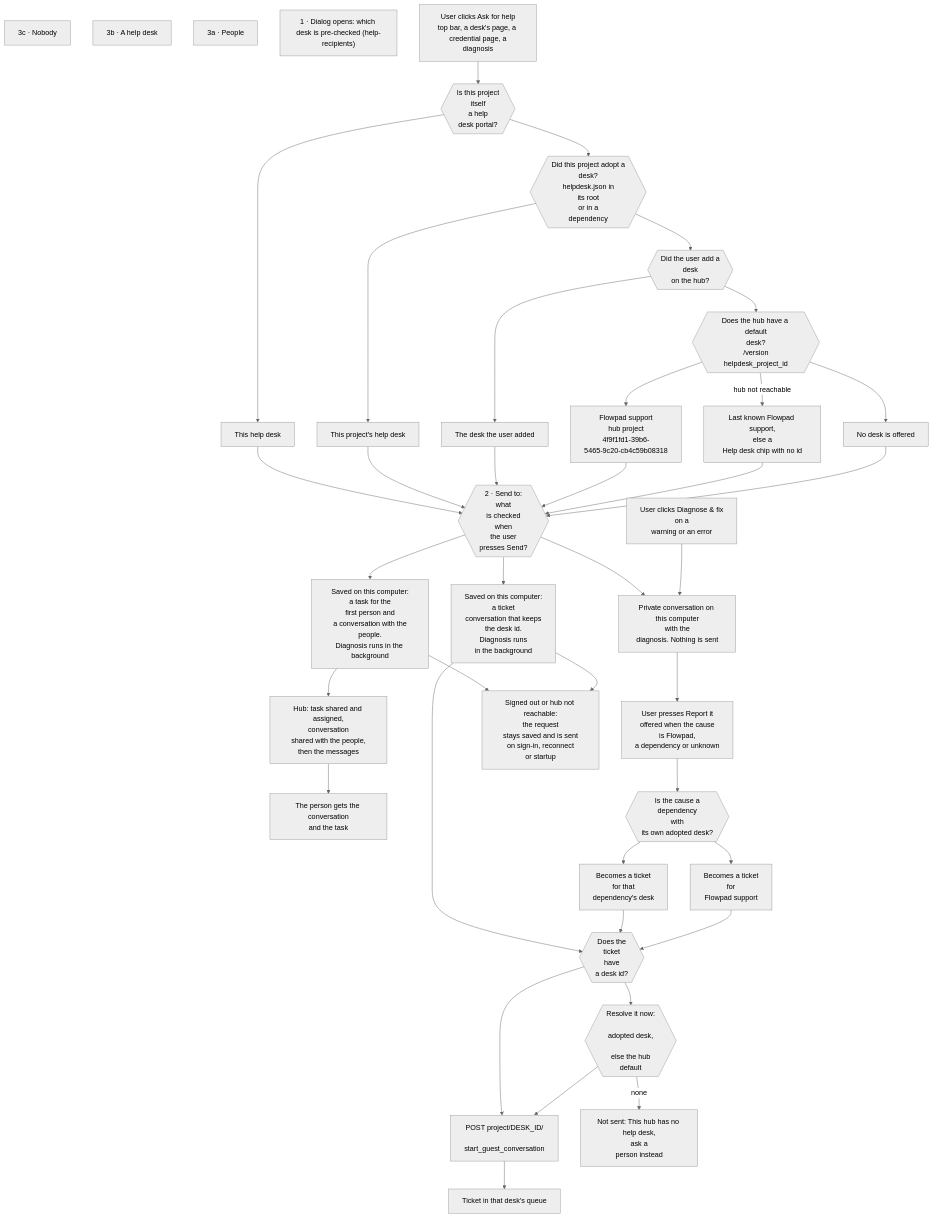
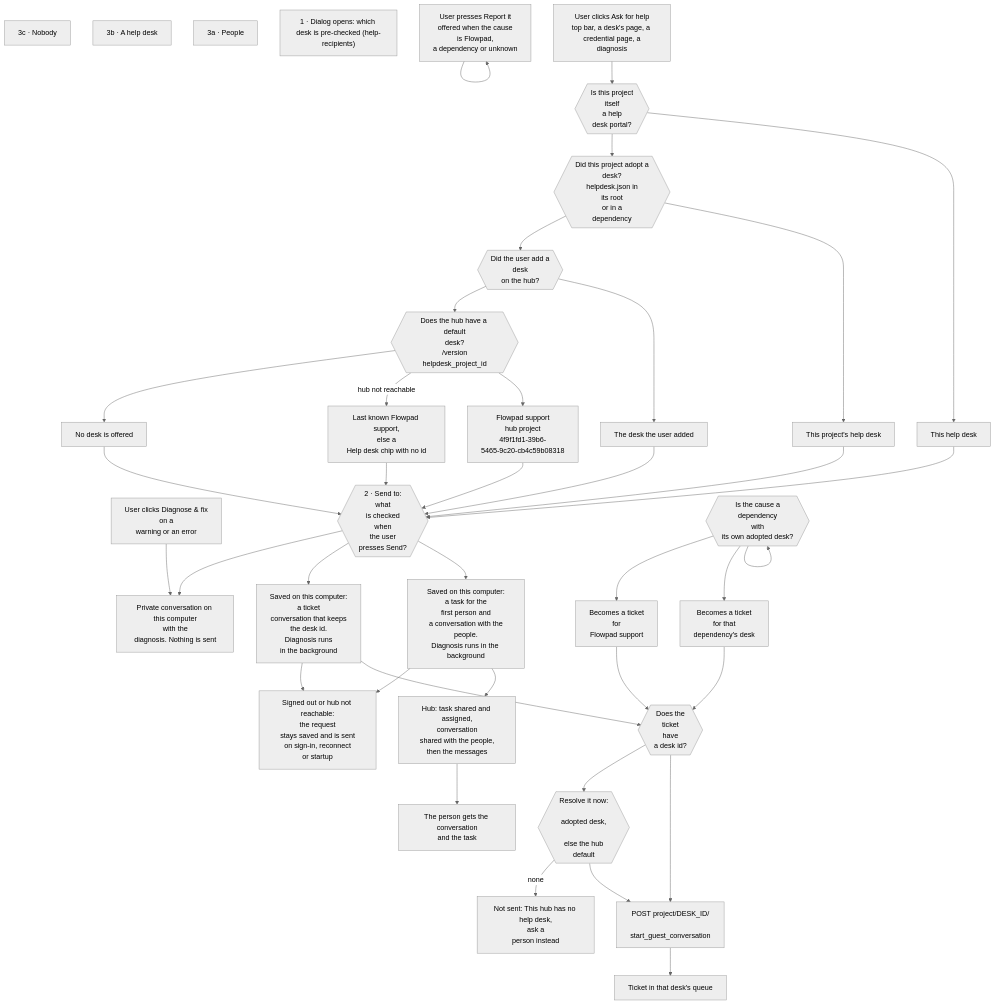
The second of 2 diagrams in agentic-assets/chart/ask-for-help-routing/CHART.md (langware-labs/flowpad), drawn with Mermaid (neutral theme) before and after one commit. The commit also changed other lines of this file, not shown here.

Commit message:
Flowpad: ask-for-help-routing v13

```diff
--- a/agentic-assets/chart/ask-for-help-routing/CHART.md
+++ b/agentic-assets/chart/ask-for-help-routing/CHART.md
@@ -192,8 +192,8 @@
   N23 --> N24
   N23 -->|none| N26
   N24 --> N25
-  N27 --> N28
-  N28 --> N29
+  N28 --> N28
+  N29 --> N29
   N29 --> N30
   N29 --> N31
   N17 --> N18
```
